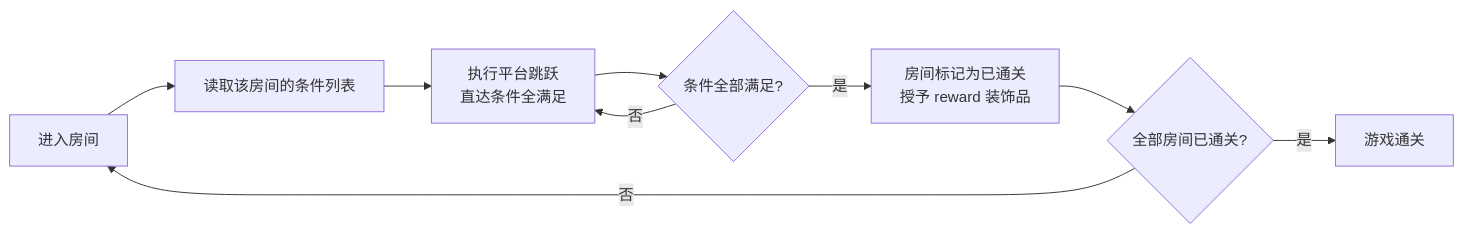
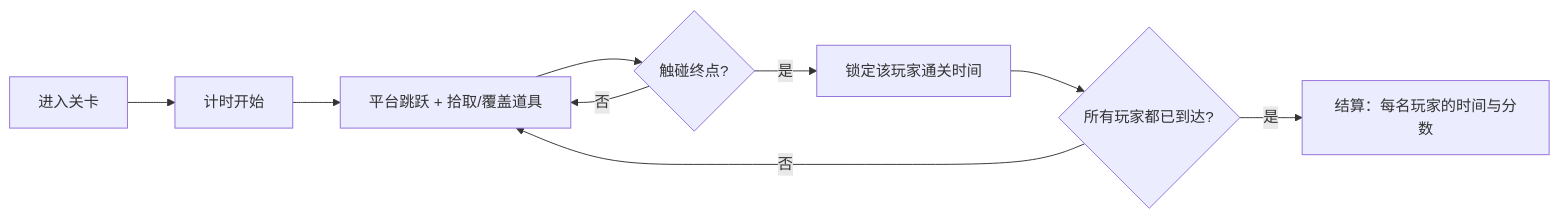
Before and after one commit to iLeepop/animj-2d-platformer: the diagram in docs/01-game-design.md, drawn with Mermaid. The commit also changed other lines of this file and 84 other files, not shown here.

````diff
--- a/docs/01-game-design.md
+++ b/docs/01-game-design.md
@@ -20,11 +20,11 @@
 ```mermaid
 flowchart LR
-  A[进入房间] --> B[读取该房间的条件列表]
-  B --> C[执行平台跳跃<br/>直达条件全满足]
-  C --> D{条件全部满足?}
+  A[进入关卡] --> B[计时开始]
+  B --> C[平台跳跃 + 拾取/覆盖道具]
+  C --> D{触碰终点?}
   D -- 否 --> C
-  D -- 是 --> E[房间标记为已通关<br/>授予 reward 装饰品]
-  E --> F{全部房间已通关?}
-  F -- 否 --> A
-  F -- 是 --> G[游戏通关]
+  D -- 是 --> E[锁定该玩家通关时间]
+  E --> F{所有玩家都已到达?}
+  F -- 否 --> C
+  F -- 是 --> G[结算：每名玩家的时间与分数]
 ```
````
